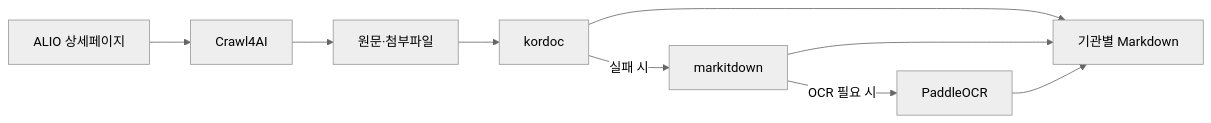
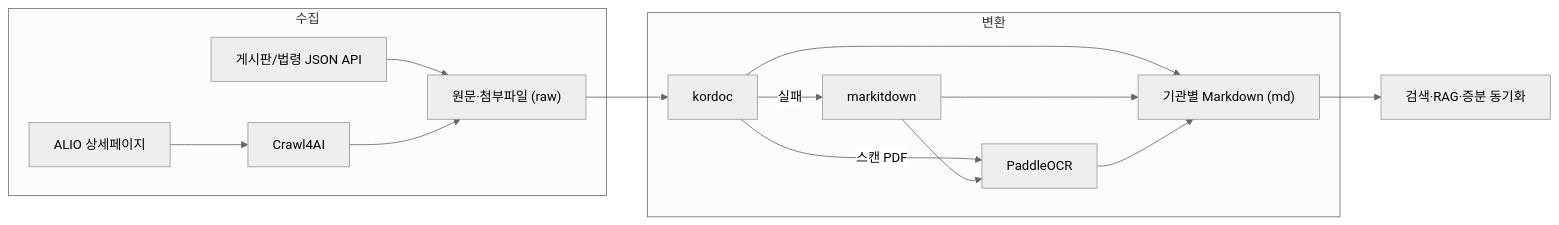
The diagram in README.md (bigone-kcrew/crawl4alio), drawn with Mermaid (neutral theme) before and after one commit. The commit also changed other lines of this file and 1 other file, not shown here.

First line of the commit message:
docs(readme): OSS 관례로 전면 개편 + OCR 스케일아웃/misroute 반영, v1.4.0

````diff
--- a/README.md
+++ b/README.md
@@ -35,11 +48,18 @@
 ```mermaid
 flowchart LR
-    A["ALIO 상세페이지"] --> B["Crawl4AI"]
-    B --> C["원문·첨부파일"]
-    C --> D["kordoc"]
-    D -->|실패 시| E["markitdown"]
-    E -->|OCR 필요 시| F["PaddleOCR"]
-    D --> G["기관별 Markdown"]
-    E --> G
-    F --> G
+    subgraph 수집
+      A["ALIO 상세페이지"] --> B["Crawl4AI"]
+      A2["게시판/법령 JSON API"] --> C
+      B --> C["원문·첨부파일 (raw)"]
+    end
+    subgraph 변환
+      C --> D["kordoc"]
+      D -->|실패| E["markitdown"]
+      D -->|스캔 PDF| F["PaddleOCR"]
+      E --> F
+      D --> G["기관별 Markdown (md)"]
+      E --> G
+      F --> G
+    end
+    G --> H["검색·RAG·증분 동기화"]
 ```
````
